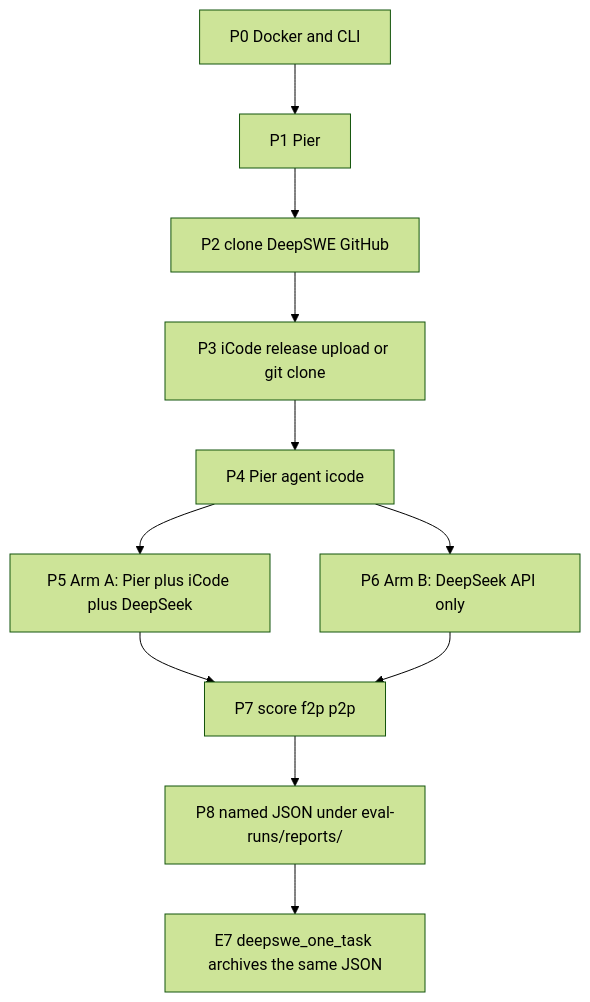
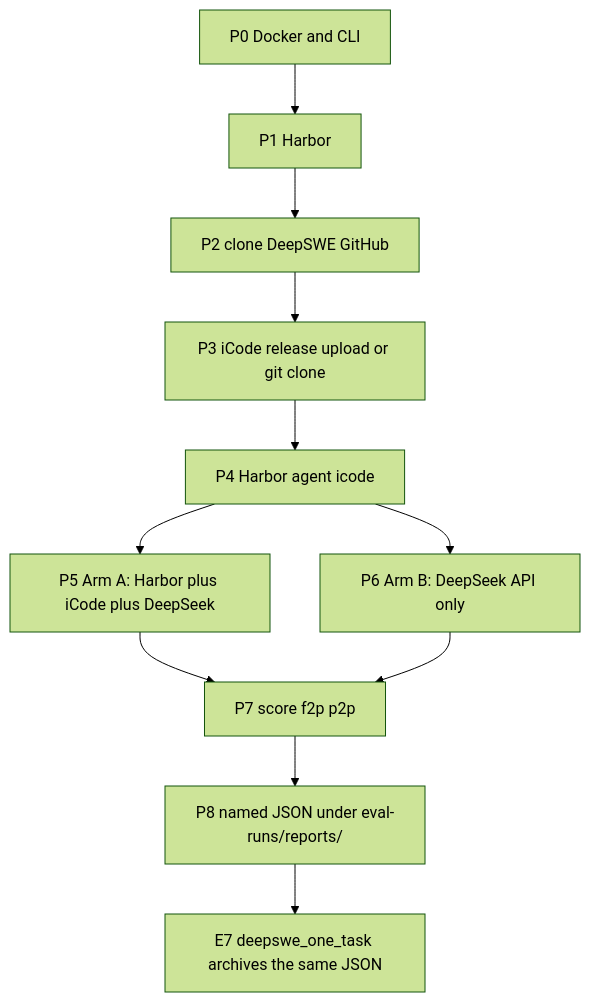
One commit to Toby-Yu/mac-k3d changed the second of 2 diagrams in docs/testing/cloud-eval-runbook.md. Above: the diagram before and after it, drawn with Mermaid (forest theme). The commit also changed other lines of this file and 41 other files, not shown here.

First line of the commit message:
Finish git/release iCode input and score all three suites on Harbor.

````diff
--- a/docs/testing/cloud-eval-runbook.md
+++ b/docs/testing/cloud-eval-runbook.md
@@ -54,20 +54,20 @@
 ```mermaid
 flowchart TD
   p0["P0 Docker and CLI"]
-  p1["P1 Pier"]
+  p1["P1 Harbor"]
   p2["P2 clone DeepSWE GitHub"]
   p3["P3 iCode release upload or git clone"]
-  p4["P4 Pier agent icode"]
-  p5["P5 Arm A: Pier plus iCode plus DeepSeek"]
+  p4["P4 Harbor agent icode"]
+  p5["P5 Arm A: Harbor plus iCode plus DeepSeek"]
   p6["P6 Arm B: DeepSeek API only"]
   p7["P7 score f2p p2p"]
   p8["P8 named JSON under eval-runs/reports/"]
   jenkins["E7 deepswe_one_task archives the same JSON"]
 
   p0 --> p1 --> p2 --> p3 --> p4
   p4 --> p5
   p4 --> p6
   p5 --> p7
   p6 --> p7
   p7 --> p8 --> jenkins
 ```
````
